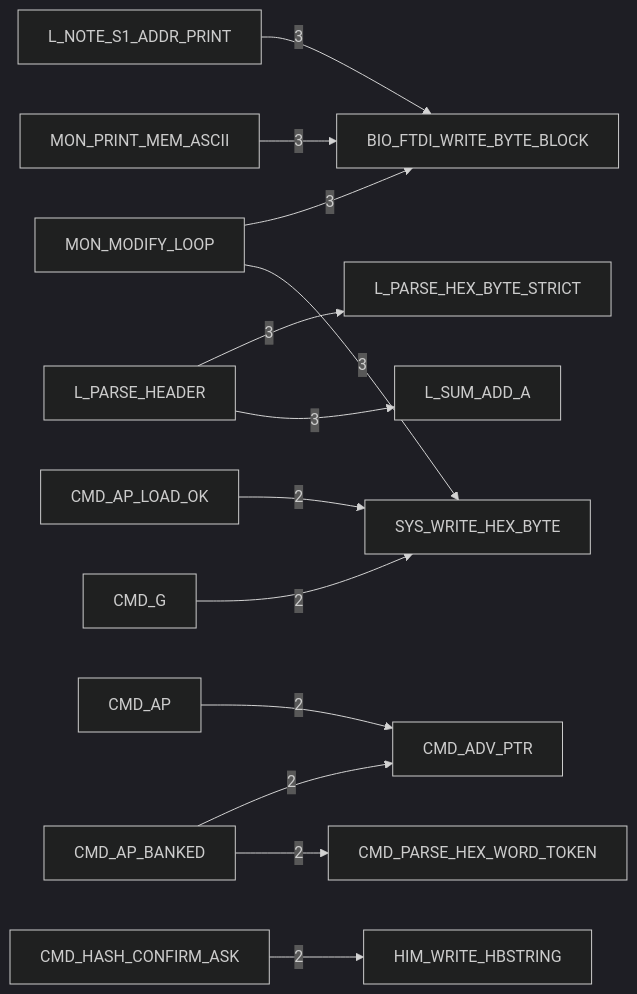
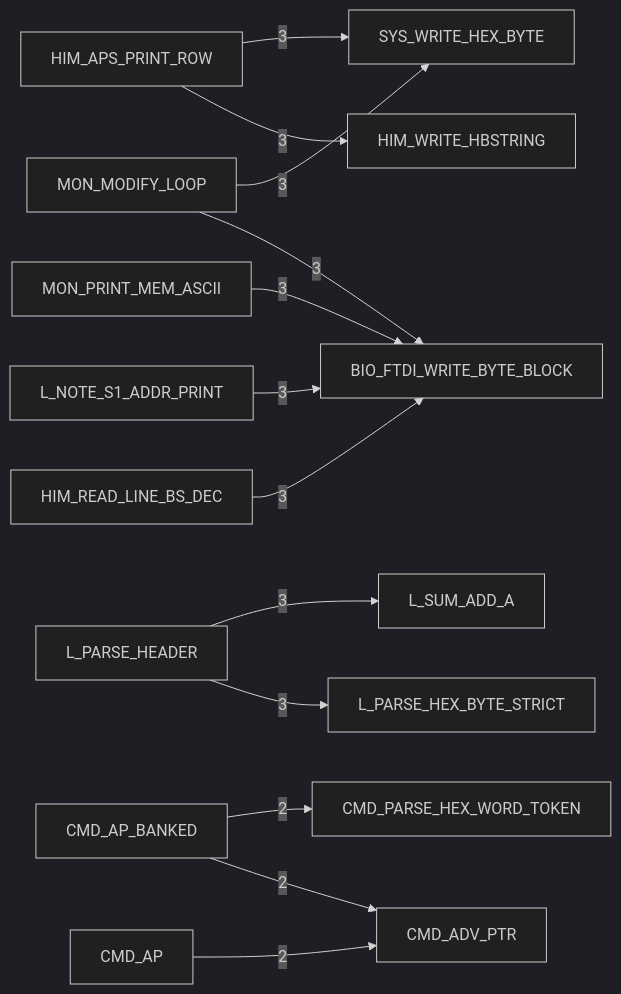
The third of 6 diagrams in DOC/GENERATED/HIMON_ROUTINE_TREE.md (95westus/R-YORS), drawn with Mermaid (dark theme) before and after one commit. The commit also changed other lines of this file and 25 other files, not shown here.

````diff
--- a/DOC/GENERATED/HIMON_ROUTINE_TREE.md
+++ b/DOC/GENERATED/HIMON_ROUTINE_TREE.md
@@ -44,15 +44,15 @@
 ```mermaid
 flowchart LR
+    N_HIM_APS_PRINT_ROW[HIM_APS_PRINT_ROW] -->|3| N_HIM_WRITE_HBSTRING[HIM_WRITE_HBSTRING]
+    N_HIM_APS_PRINT_ROW[HIM_APS_PRINT_ROW] -->|3| N_SYS_WRITE_HEX_BYTE[SYS_WRITE_HEX_BYTE]
+    N_HIM_READ_LINE_BS_DEC[HIM_READ_LINE_BS_DEC] -->|3| N_BIO_FTDI_WRITE_BYTE_BLOCK[BIO_FTDI_WRITE_BYTE_BLOCK]
     N_L_NOTE_S1_ADDR_PRINT[L_NOTE_S1_ADDR_PRINT] -->|3| N_BIO_FTDI_WRITE_BYTE_BLOCK[BIO_FTDI_WRITE_BYTE_BLOCK]
     N_L_PARSE_HEADER[L_PARSE_HEADER] -->|3| N_L_PARSE_HEX_BYTE_STRICT[L_PARSE_HEX_BYTE_STRICT]
     N_L_PARSE_HEADER[L_PARSE_HEADER] -->|3| N_L_SUM_ADD_A[L_SUM_ADD_A]
     N_MON_MODIFY_LOOP[MON_MODIFY_LOOP] -->|3| N_BIO_FTDI_WRITE_BYTE_BLOCK[BIO_FTDI_WRITE_BYTE_BLOCK]
     N_MON_MODIFY_LOOP[MON_MODIFY_LOOP] -->|3| N_SYS_WRITE_HEX_BYTE[SYS_WRITE_HEX_BYTE]
     N_MON_PRINT_MEM_ASCII[MON_PRINT_MEM_ASCII] -->|3| N_BIO_FTDI_WRITE_BYTE_BLOCK[BIO_FTDI_WRITE_BYTE_BLOCK]
     N_CMD_AP[CMD_AP] -->|2| N_CMD_ADV_PTR[CMD_ADV_PTR]
     N_CMD_AP_BANKED[CMD_AP_BANKED] -->|2| N_CMD_ADV_PTR[CMD_ADV_PTR]
     N_CMD_AP_BANKED[CMD_AP_BANKED] -->|2| N_CMD_PARSE_HEX_WORD_TOKEN[CMD_PARSE_HEX_WORD_TOKEN]
-    N_CMD_AP_LOAD_OK[CMD_AP_LOAD_OK] -->|2| N_SYS_WRITE_HEX_BYTE[SYS_WRITE_HEX_BYTE]
-    N_CMD_G[CMD_G] -->|2| N_SYS_WRITE_HEX_BYTE[SYS_WRITE_HEX_BYTE]
-    N_CMD_HASH_CONFIRM_ASK[CMD_HASH_CONFIRM_ASK] -->|2| N_HIM_WRITE_HBSTRING[HIM_WRITE_HBSTRING]
 ```
````
